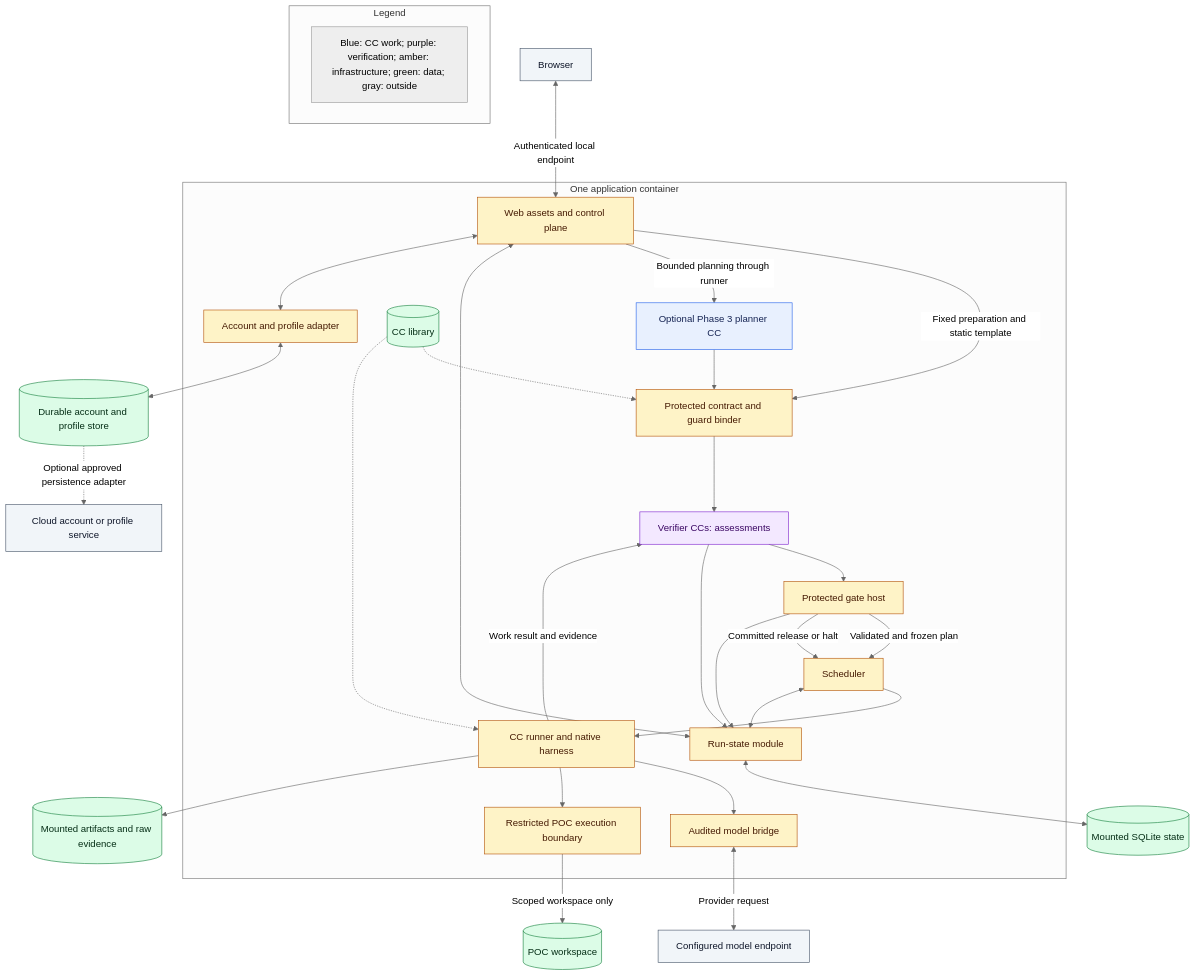
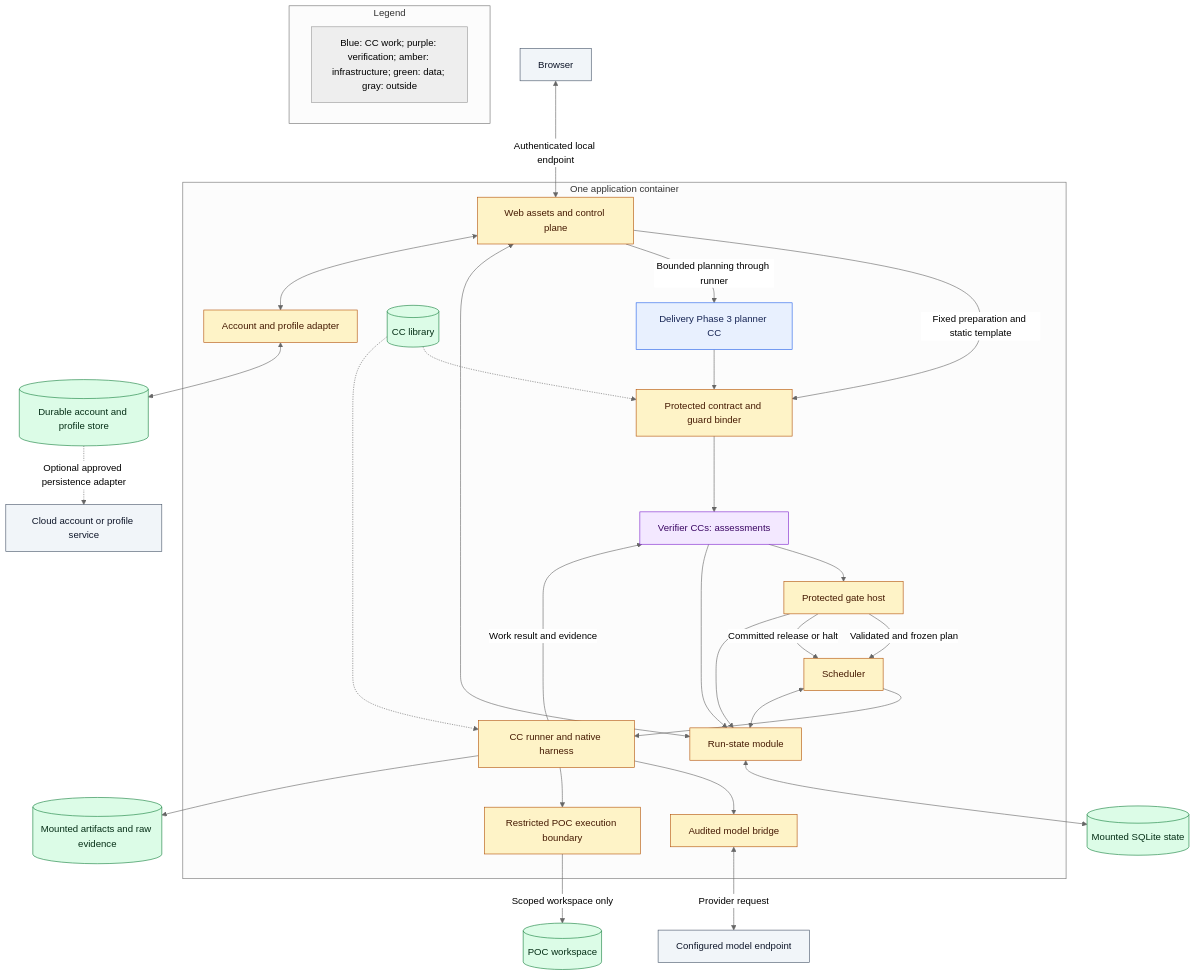
Before and after one commit to Stellven/jiuwenswarm: the first of 2 diagrams in docs/architecture/build-package/placement.md, drawn with Mermaid (neutral theme). The commit also changed other lines of this file and 39 other files, not shown here.

Commit message:
Standardize architecture vocabulary and name the Phase 1 intent slice

````diff
--- a/docs/architecture/build-package/placement.md
+++ b/docs/architecture/build-package/placement.md
@@ -7,57 +7,57 @@
 ```mermaid
 flowchart TB
     Browser[Browser]
     subgraph App[One application container]
         Web[Web assets and control plane]
-        Planner[Optional Phase 3 planner CC]
+        Planner[Delivery Phase 3 planner CC]
         Binder[Protected contract and guard binder]
         Scheduler[Scheduler]
         Runner[CC runner and native harness]
         Verify[Verifier CCs: assessments]
         Gate[Protected gate host]
         Library[(CC library)]
         Bridge[Audited model bridge]
         State[Run-state module]
         POC[Restricted POC execution boundary]
         Web -->|Fixed preparation and static template| Binder
         Web -->|Bounded planning through runner| Planner
         Planner --> Binder
         Binder --> Verify --> Gate
         Gate -->|Validated and frozen plan| Scheduler
         Scheduler --> Runner
         Runner -->|Work result and evidence| Verify
         Gate -->|Committed release or halt| Scheduler
         Runner --> Bridge
         Runner --> POC
         Library -.-> Binder
         Library -.-> Runner
         Scheduler <--> State
         Verify --> State
         Gate --> State
         Web <--> State
         Profile[Account and profile adapter]
         Web <--> Profile
     end
     Browser <-->|Authenticated local endpoint| Web
     Bridge <-->|Provider request| Model[Configured model endpoint]
     Profile <--> Profiles[(Durable account and profile store)]
     Profiles -.->|Optional approved persistence adapter| Cloud[Cloud account or profile service]
     State <--> DB[(Mounted SQLite state)]
     Runner --> Files[(Mounted artifacts and raw evidence)]
     POC -->|Scoped workspace only| Workspace[(POC workspace)]
     subgraph Legend[Legend]
         Key[Blue: CC work; purple: verification; amber: infrastructure; green: data; gray: outside]
     end
     classDef work fill:#E8F0FE,stroke:#2563EB,color:#172554
     classDef verify fill:#F3E8FF,stroke:#7E22CE,color:#3B0764
     classDef control fill:#FEF3C7,stroke:#B45309,color:#451A03
     classDef data fill:#DCFCE7,stroke:#15803D,color:#052E16
     classDef outside fill:#F1F5F9,stroke:#475569,color:#0F172A
     class Planner work
     class Verify verify
     class Web,Binder,Scheduler,Runner,Bridge,State,POC,Gate control
     class Library,DB,Files,Workspace data
     class Browser,Model,Cloud outside
     class Profile control
     class Profiles data
 ```
````
